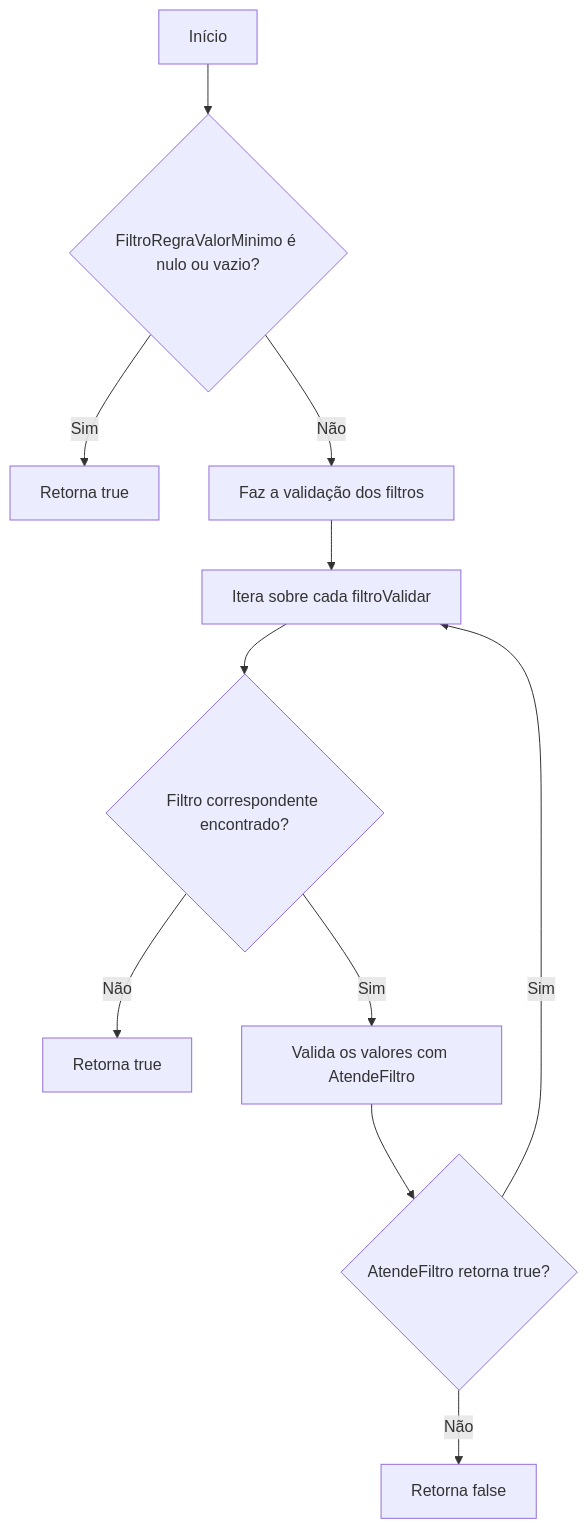
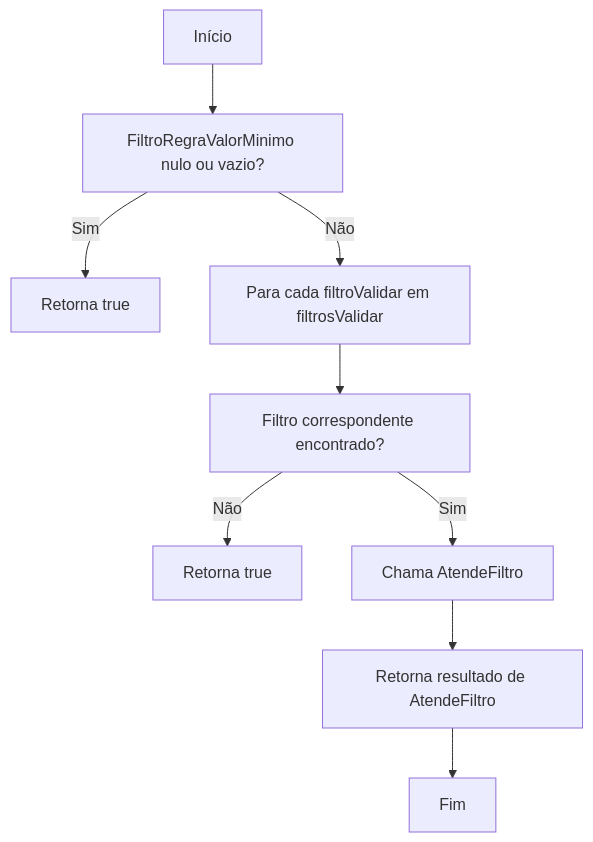
The first of 2 diagrams in docs/b2b-dominio/IsthmusWinthor.Nucleo/IsthmusWinthor.Dominio/Entidades/RegraValorMinimo.md (IsthmusSistemas/documentacao-tecnica), drawn with Mermaid before and after one commit. The commit also changed other lines of this file and 882 other files, not shown here.

````diff
--- a/docs/b2b-dominio/IsthmusWinthor.Nucleo/IsthmusWinthor.Dominio/Entidades/RegraValorMinimo.md
+++ b/docs/b2b-dominio/IsthmusWinthor.Nucleo/IsthmusWinthor.Dominio/Entidades/RegraValorMinimo.md
@@ -20,13 +19,11 @@
 ```mermaid
 flowchart TD
-    A[Início] --> B{FiltroRegraValorMinimo é nulo ou vazio?}
+    A[Início] --> B[FiltroRegraValorMinimo nulo ou vazio?]
     B -- Sim --> C[Retorna true]
-    B -- Não --> D[Faz a validação dos filtros]
-    D --> E[Itera sobre cada filtroValidar]
-    E --> F{Filtro correspondente encontrado?}
-    F -- Não --> G[Retorna true]
-    F -- Sim --> H[Valida os valores com AtendeFiltro]
-    H --> I{AtendeFiltro retorna true?}
-    I -- Sim --> E
-    I -- Não --> J[Retorna false]
+    B -- Não --> D[Para cada filtroValidar em filtrosValidar]
+    D --> E[Filtro correspondente encontrado?]
+    E -- Não --> F[Retorna true]
+    E -- Sim --> G[Chama AtendeFiltro]
+    G --> H[Retorna resultado de AtendeFiltro]
+    H --> I[Fim]
 ```
````
